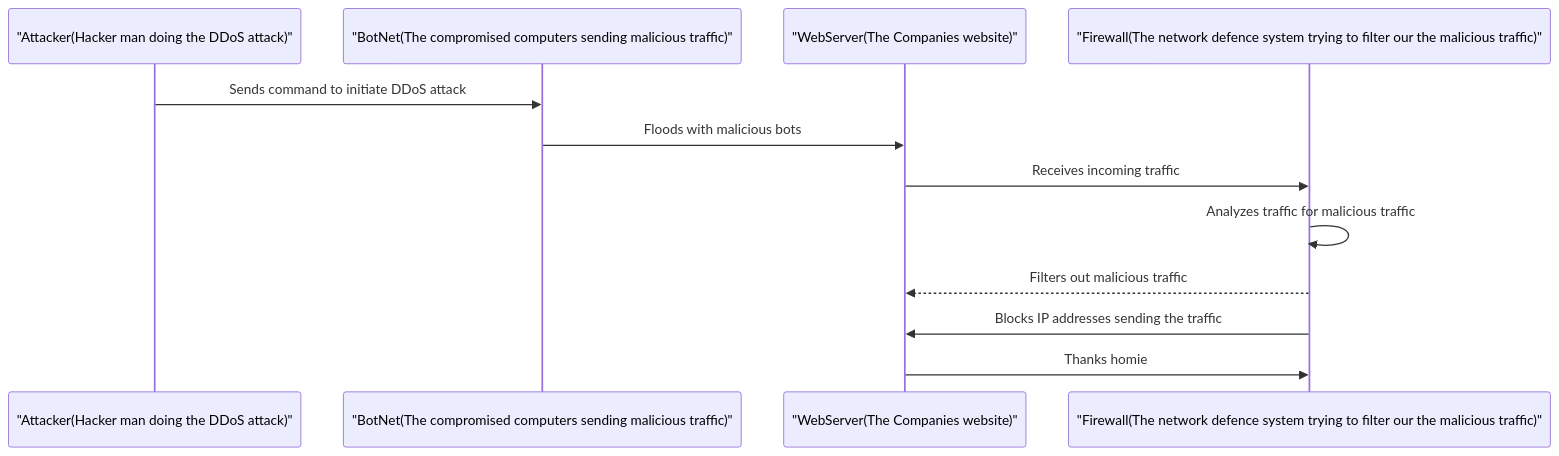
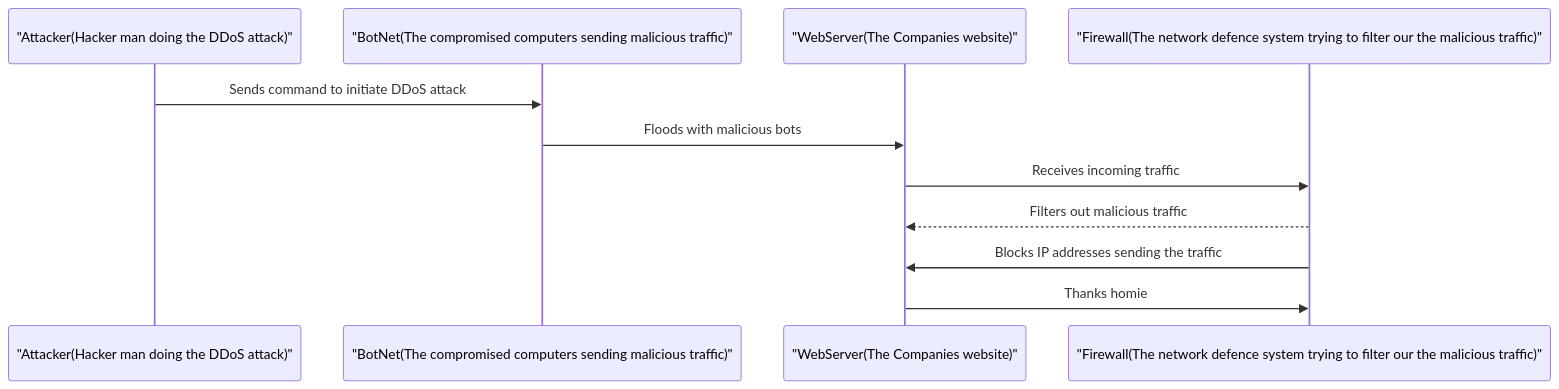
Before and after one commit to Blucas3/DDOS_Attack_Sequence.md: the diagram in README.md, drawn with Mermaid.

````diff
--- a/README.md
+++ b/README.md
@@ -2,15 +2,15 @@
 ```mermaid
 sequenceDiagram
     participant Attacker as "Attacker(Hacker man doing the DDoS attack)"
     participant BotNet as "BotNet(The compromised computers sending malicious traffic)"
     participant WebServer as "WebServer(The Companies website)"
     participant Firewall as "Firewall(The network defence system trying to filter our the malicious traffic)"
 
     Attacker->>BotNet: Sends command to initiate DDoS attack
     BotNet->>WebServer: Floods with malicious bots
     WebServer->>Firewall: Receives incoming traffic
-    Firewall->>Firewall: Analyzes traffic for malicious traffic
+    ###Firewall->>Firewall: Analyzes traffic for malicious traffic
     Firewall-->>WebServer: Filters out malicious traffic
     Firewall->>WebServer: Blocks IP addresses sending the traffic
     WebServer->>Firewall: Thanks homie 
  ```
````
